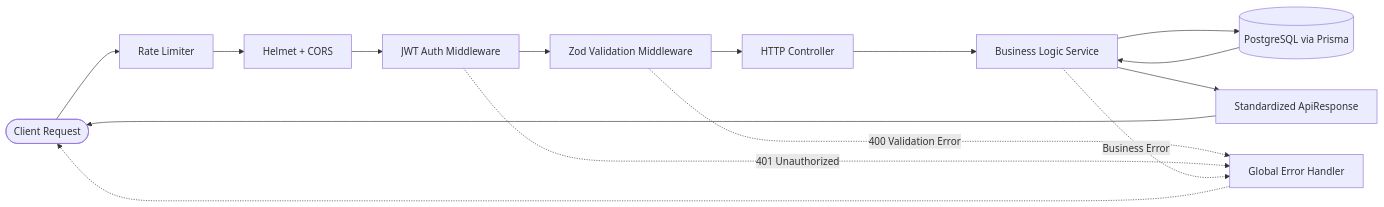
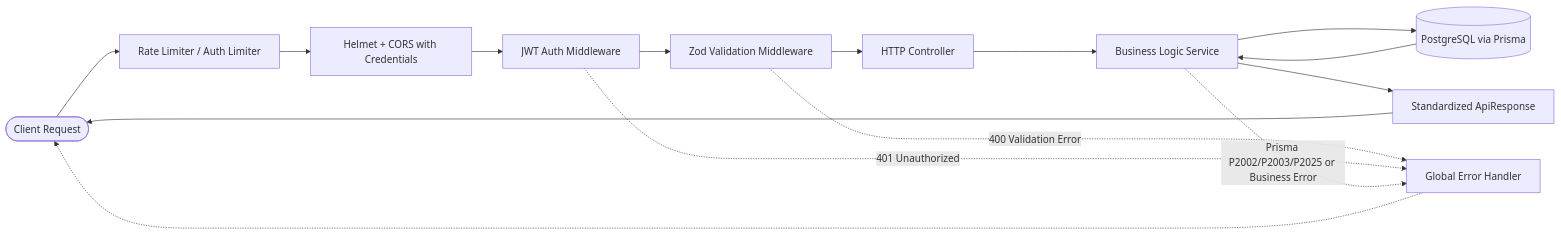
Before and after one commit to imtiazaly/Progree_secure_rest_api_engine: the first of 2 diagrams in README.md, drawn with Mermaid. The commit also changed other lines of this file, not shown here.

````diff
--- a/README.md
+++ b/README.md
@@ -53,18 +53,18 @@
 ```mermaid
 flowchart LR
-    A([Client Request]) --> B[Rate Limiter]
-    B --> C[Helmet + CORS]
+    A([Client Request]) --> B[Rate Limiter / Auth Limiter]
+    B --> C[Helmet + CORS with Credentials]
     C --> D[JWT Auth Middleware]
     D --> E[Zod Validation Middleware]
     E --> F[HTTP Controller]
     F --> G[Business Logic Service]
     G --> H[(PostgreSQL via Prisma)]
     H --> G
     G --> I[Standardized ApiResponse]
     I --> A
 
     E -.->|400 Validation Error| J[Global Error Handler]
     D -.->|401 Unauthorized| J
-    G -.->|Business Error| J
+    G -.->|Prisma P2002/P2003/P2025 or Business Error| J
     J -.-> A
 ```
````
